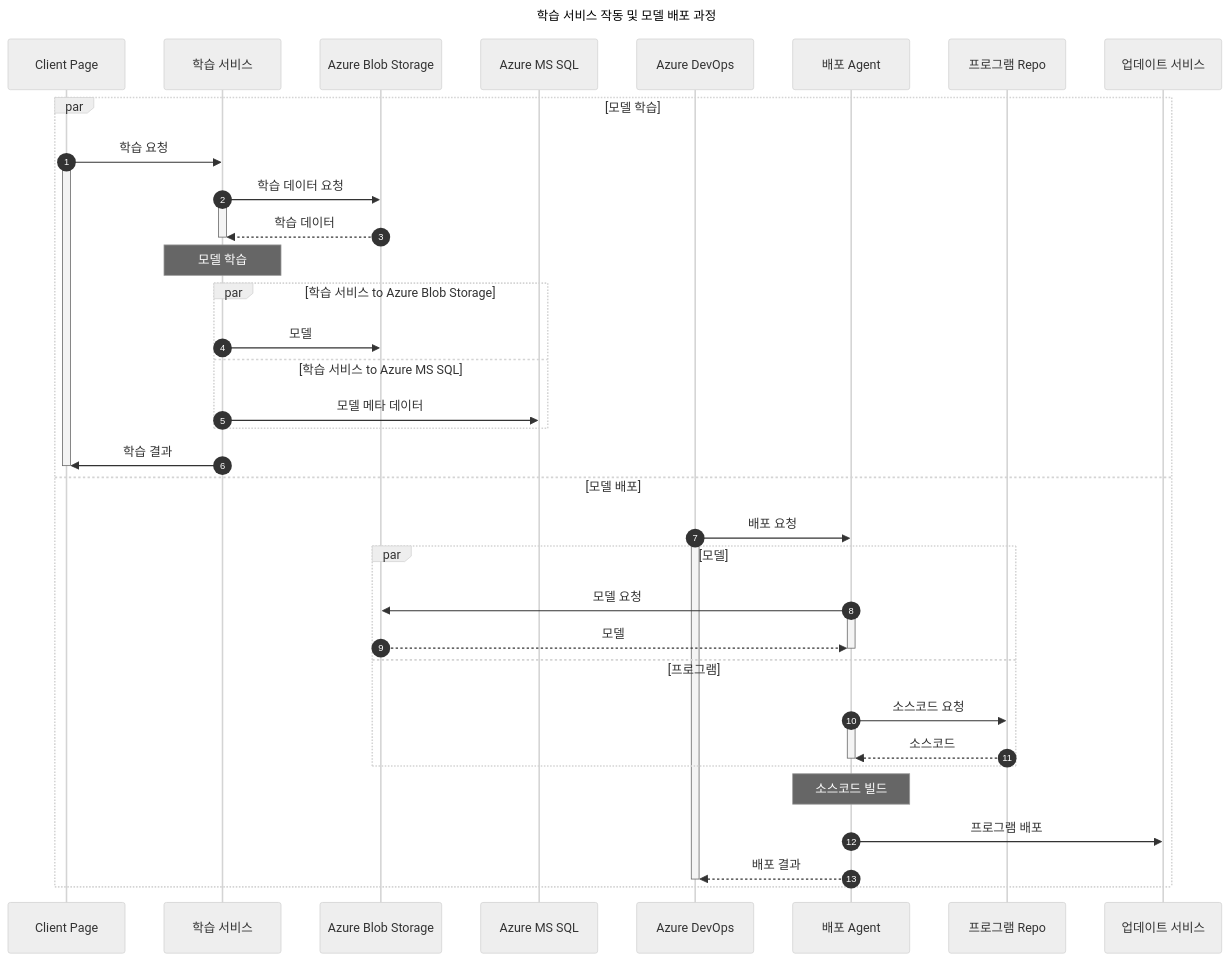
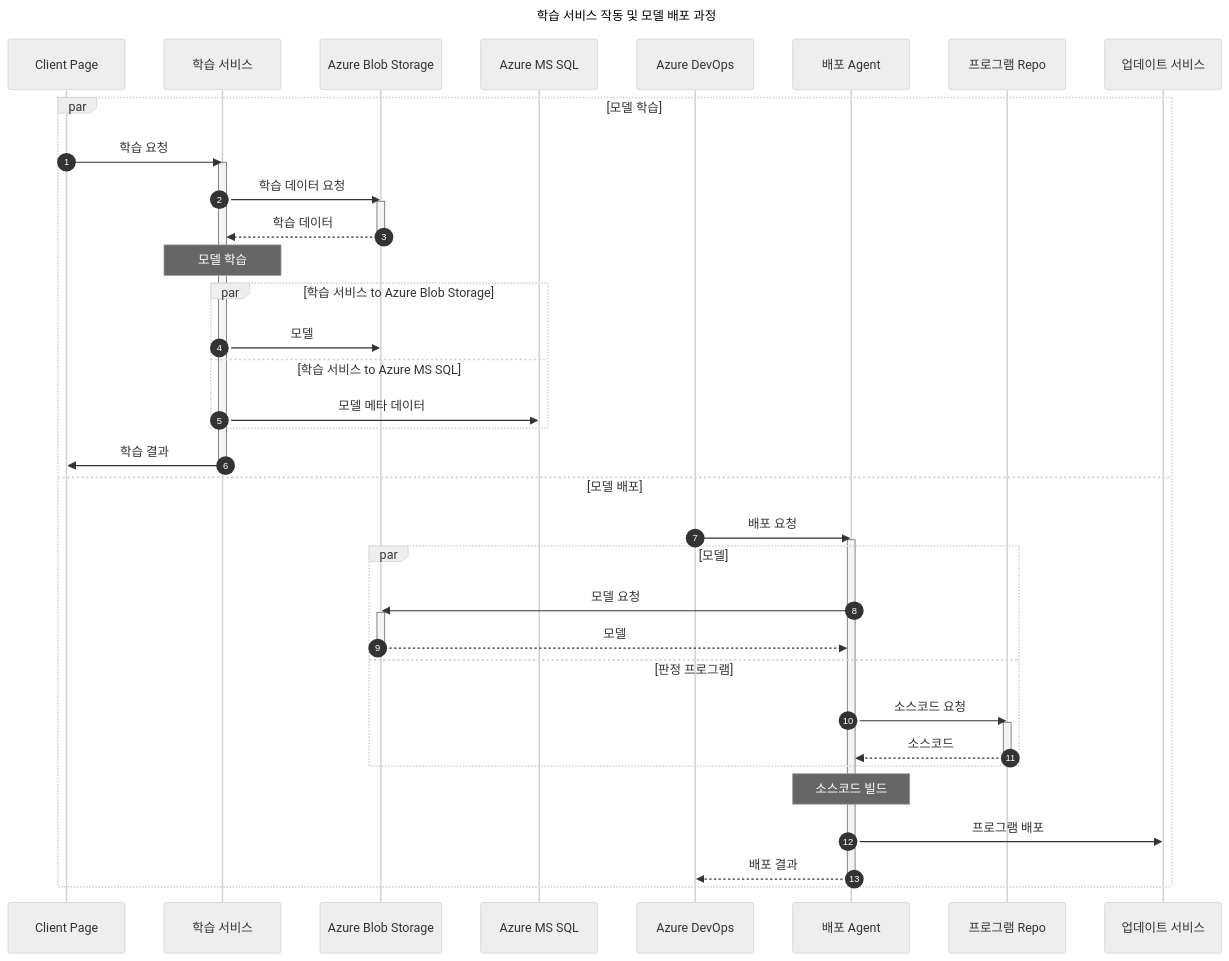
One commit to djccnt15/djccnt15.github.io changed the second of 4 diagrams in docs/portfolio/on-device-ai.md. Above: the diagram before and after it, drawn with Mermaid. The commit also changed other lines of this file and 2 other files, not shown here.

Commit message:
fix mermaid diagrams

````diff
--- a/docs/portfolio/on-device-ai.md
+++ b/docs/portfolio/on-device-ai.md
@@ -85,43 +85,43 @@
 ```mermaid
 ---
 title: 학습 서비스 작동 및 모델 배포 과정
 config:
     theme: 'neutral'
 ---
 sequenceDiagram
     autonumber
     par 모델 학습
         Client Page ->> 학습 서비스 : 학습 요청
-        activate Client Page
+        activate 학습 서비스
         학습 서비스 ->> Azure Blob Storage : 학습 데이터 요청
-        activate 학습 서비스
+        activate Azure Blob Storage
         Azure Blob Storage -->> 학습 서비스 : 학습 데이터
-        deactivate 학습 서비스
+        deactivate Azure Blob Storage
         Note over 학습 서비스 : 모델 학습
         par 학습 서비스 to Azure Blob Storage
             학습 서비스 ->> Azure Blob Storage : 모델
         and 학습 서비스 to Azure MS SQL
             학습 서비스 ->> Azure MS SQL : 모델 메타 데이터
         end
         학습 서비스 ->> Client Page : 학습 결과
-        deactivate Client Page
+        deactivate 학습 서비스
     and 모델 배포
         Azure DevOps ->> 배포 Agent : 배포 요청
-        activate Azure DevOps
+        activate 배포 Agent
         par 모델
             배포 Agent ->> Azure Blob Storage : 모델 요청
-            activate 배포 Agent
+            activate Azure Blob Storage
             Azure Blob Storage -->> 배포 Agent : 모델
-            deactivate 배포 Agent
-        and 프로그램
+            deactivate Azure Blob Storage
+        and 판정 프로그램
             배포 Agent ->> 프로그램 Repo : 소스코드 요청
-            activate 배포 Agent
+            activate 프로그램 Repo
             프로그램 Repo -->> 배포 Agent : 소스코드
-            deactivate 배포 Agent
+            deactivate 프로그램 Repo
         end
         Note over 배포 Agent : 소스코드 빌드
         배포 Agent ->> 업데이트 서비스 : 프로그램 배포
         배포 Agent -->> Azure DevOps : 배포 결과
-        deactivate Azure DevOps
+        deactivate 배포 Agent
     end
 ```
````
